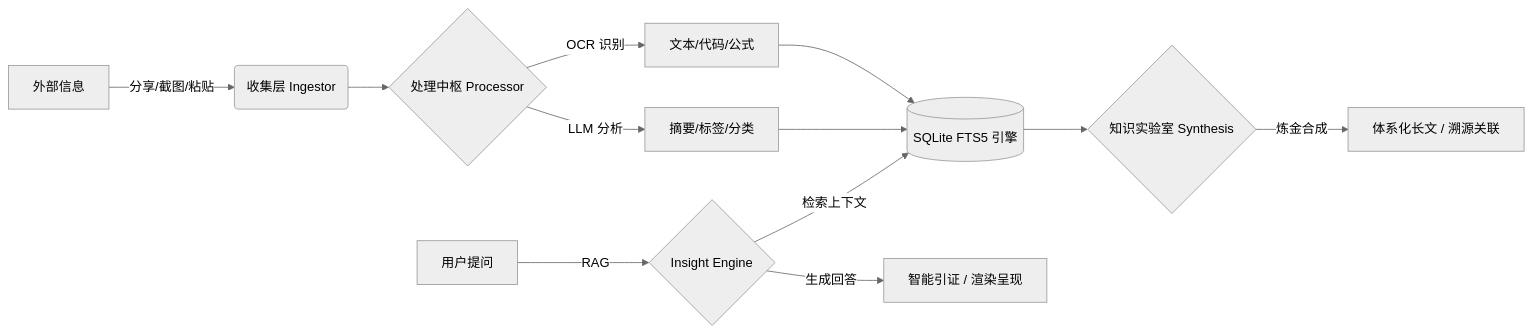
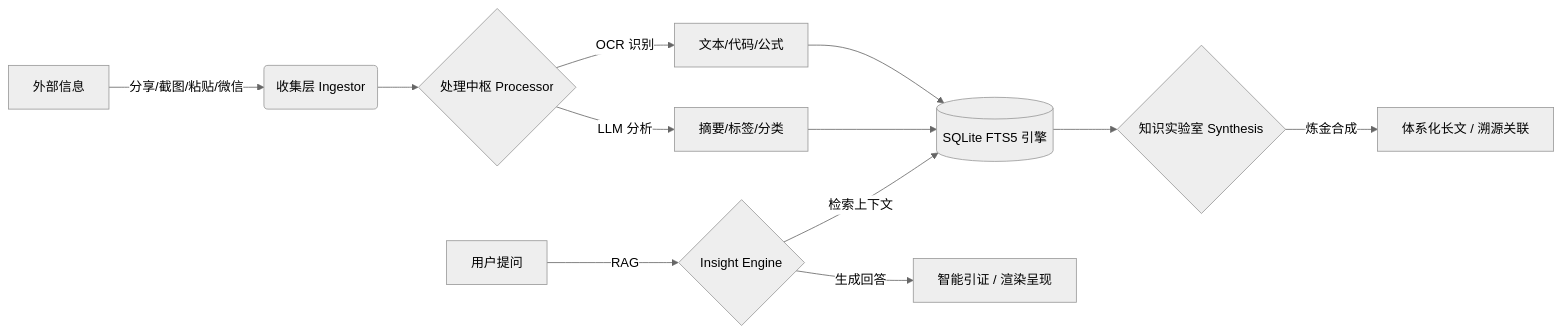
The diagram in readme.md (snowtraces/note_all), drawn with Mermaid (neutral theme) before and after one commit. The commit also changed other lines of this file and 18 other files, not shown here.

````diff
--- a/readme.md
+++ b/readme.md
@@ -43,13 +45,13 @@
 ```mermaid
 graph LR
-    A[外部信息] -->|分享/截图/粘贴| B(收集层 Ingestor)
+    A[外部信息] -->|分享/截图/粘贴/微信| B(收集层 Ingestor)
     B --> C{处理中枢 Processor}
     C -->|OCR 识别| D[文本/代码/公式]
     C -->|LLM 分析| E[摘要/标签/分类]
     D & E --> F[(SQLite FTS5 引擎)]
     F --> J{知识实验室 Synthesis}
     J -->|炼金合成| K[体系化长文 / 溯源关联]
     G[用户提问] -->|RAG| H{Insight Engine}
     H -->|检索上下文| F
     H -->|生成回答| I[智能引证 / 渲染呈现]
 ```
````
